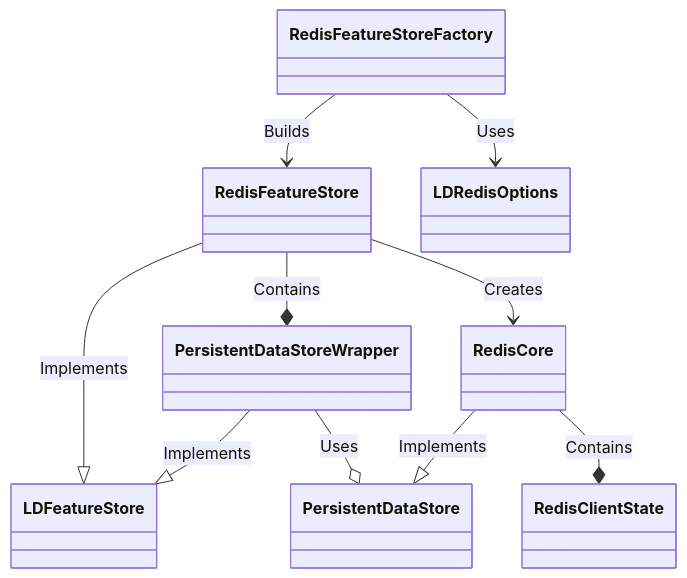
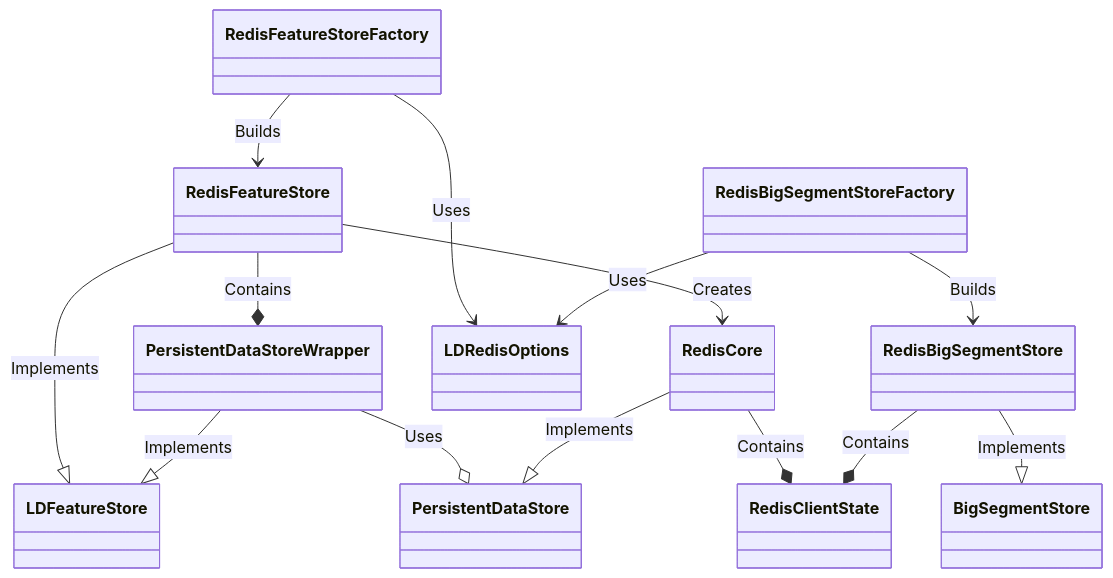
The diagram in packages/store/node-server-sdk-redis/architecture.md (launchdarkly/js-core), drawn with Mermaid before and after one commit. The commit also changed other lines of this file, not shown here.

Commit message:
Add big segment store to diagram.

````diff
--- a/packages/store/node-server-sdk-redis/architecture.md
+++ b/packages/store/node-server-sdk-redis/architecture.md
@@ -18,13 +20,19 @@
 ```mermaid
 classDiagram
 RedisFeatureStore --|> LDFeatureStore : Implements
 RedisFeatureStore --* PersistentDataStoreWrapper : Contains
 PersistentDataStoreWrapper --o PersistentDataStore : Uses
 PersistentDataStoreWrapper --|> LDFeatureStore : Implements
 RedisFeatureStore --> RedisCore : Creates
 RedisCore --|> PersistentDataStore : Implements
 RedisCore --* RedisClientState : Contains
 
 RedisFeatureStoreFactory --> RedisFeatureStore : Builds
 RedisFeatureStoreFactory --> LDRedisOptions : Uses
+
+RedisBigSegmentStoreFactory --> RedisBigSegmentStore : Builds
+RedisBigSegmentStoreFactory --> LDRedisOptions : Uses
+
+RedisBigSegmentStore --|> BigSegmentStore : Implements
+RedisBigSegmentStore --* RedisClientState : Contains
 ```
````
